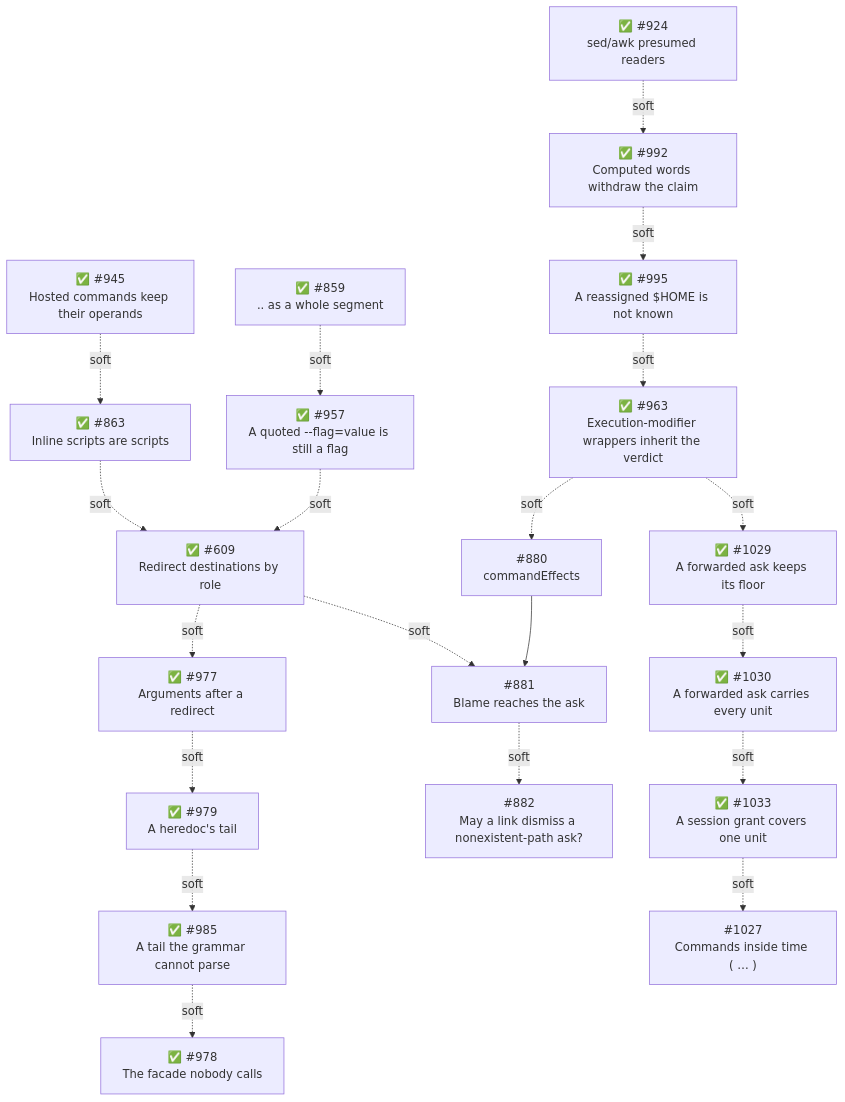
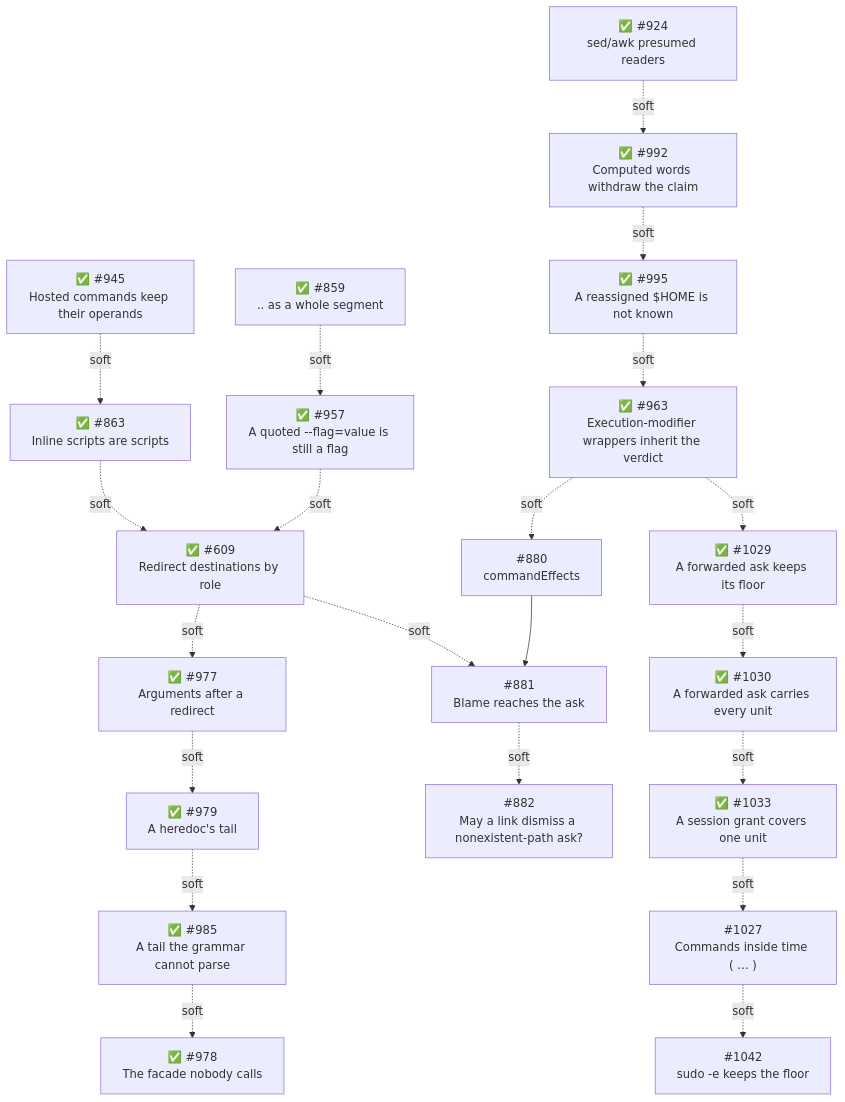
The fourth of 4 diagrams in packages/pi-permission-system/docs/architecture/architecture.md (gotgenes/pi-packages), drawn with Mermaid before and after one commit. The commit also changed other lines of this file, not shown here.

````diff
--- a/packages/pi-permission-system/docs/architecture/architecture.md
+++ b/packages/pi-permission-system/docs/architecture/architecture.md
@@ -1771,22 +1786,23 @@
 ```mermaid
 flowchart TD
     S945["✅ #945<br/>Hosted commands keep their operands"] -.soft.-> S863["✅ #863<br/>Inline scripts are scripts"]
     S863 -.soft.-> S609["✅ #609<br/>Redirect destinations by role"]
     S859["✅ #859<br/>.. as a whole segment"] -.soft.-> S957["✅ #957<br/>A quoted --flag=value is still a flag"]
     S957 -.soft.-> S609
     S924["✅ #924<br/>sed/awk presumed readers"] -.soft.-> S992["✅ #992<br/>Computed words withdraw the claim"]
     S992 -.soft.-> S995["✅ #995<br/>A reassigned $HOME is not known"]
     S995 -.soft.-> S963["✅ #963<br/>Execution-modifier wrappers inherit the verdict"]
     S963 -.soft.-> S1029["✅ #1029<br/>A forwarded ask keeps its floor"]
     S1029 -.soft.-> S1030["✅ #1030<br/>A forwarded ask carries every unit"]
     S1030 -.soft.-> S1033["✅ #1033<br/>A session grant covers one unit"]
     S1033 -.soft.-> S1027["#1027<br/>Commands inside time ( … )"]
+    S1027 -.soft.-> S1042["#1042<br/>sudo -e keeps the floor"]
     S963 -.soft.-> S880["#880<br/>commandEffects"]
     S880 --> S881["#881<br/>Blame reaches the ask"]
     S609 -.soft.-> S881
     S609 -.soft.-> S977["✅ #977<br/>Arguments after a redirect"]
     S977 -.soft.-> S979["✅ #979<br/>A heredoc's tail"]
     S979 -.soft.-> S985["✅ #985<br/>A tail the grammar cannot parse"]
     S985 -.soft.-> S978["✅ #978<br/>The facade nobody calls"]
     S881 -.soft.-> S882["#882<br/>May a link dismiss a nonexistent-path ask?"]
 ```
````
